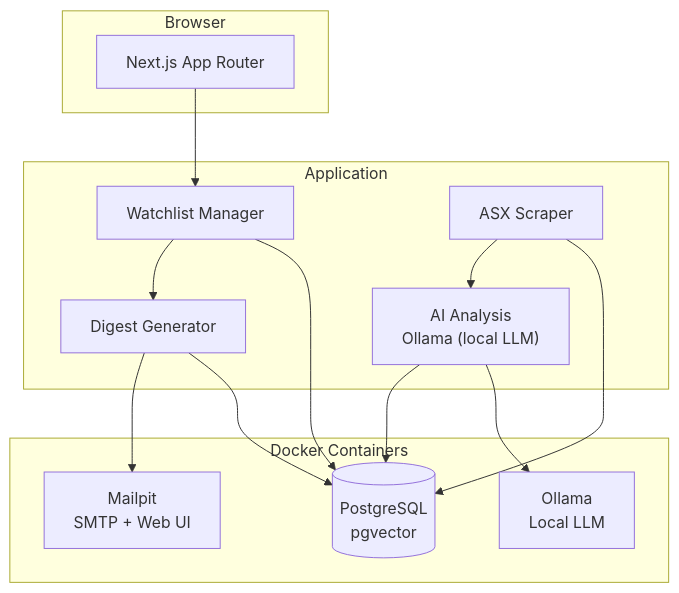
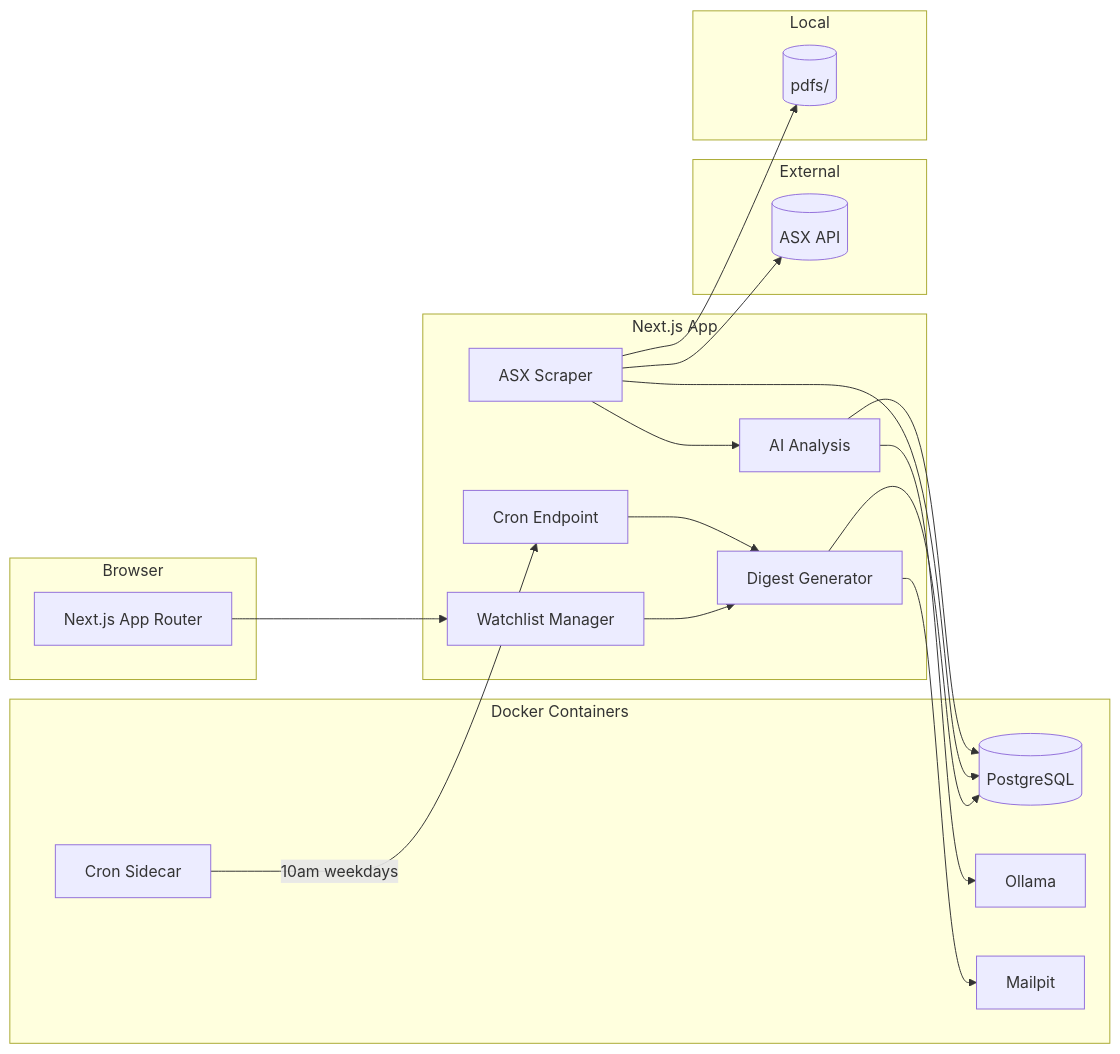
One commit to LachlanMartin/the-morning-money changed the diagram in README.md. Above: the diagram before and after it, drawn with Mermaid. The commit also changed other lines of this file and 14 other files, not shown here.

First line of the commit message:
feat: navbar with active state, cron sidecar, pnpm migration

````diff
--- a/README.md
+++ b/README.md
@@ -30,29 +30,42 @@
 ```mermaid
-flowchart TB
+flowchart LR
     subgraph Client["Browser"]
         UI["Next.js App Router"]
     end
 
-    subgraph Core["Application"]
+    subgraph App["Next.js App"]
         WL["Watchlist Manager"]
         ASX["ASX Scraper"]
-        Analysis["AI Analysis\nOllama (local LLM)"]
-        Digest["Digest Generator"]
+        AI["AI Analysis"]
+        DG["Digest Generator"]
+        CE["Cron Endpoint"]
     end
 
-    subgraph Infra["Docker Containers"]
-        DB[("PostgreSQL\npgvector")]
-        O["Ollama\nLocal LLM"]
-        M["Mailpit\nSMTP + Web UI"]
+    subgraph Docker["Docker Containers"]
+        DB[("PostgreSQL")]
+        O["Ollama"]
+        M["Mailpit"]
+        CR["Cron Sidecar"]
+    end
+
+    subgraph Ext["External"]
+        API[("ASX API")]
+    end
+
+    subgraph Store["Local"]
+        PDF[("pdfs/")]
     end
 
     UI --> WL
-    WL --> DB
+    WL --> DG
+    ASX --> API
+    ASX --> PDF
+    ASX --> AI
+    AI --> O
+    DG --> DB
+    DG --> M
     ASX --> DB
-    ASX --> Analysis
-    Analysis --> O
-    Analysis --> DB
-    Digest --> DB
-    Digest --> M
-    WL --> Digest
+    AI --> DB
+    CR -- "10am weekdays" --> CE
+    CE --> DG
 ```
````
